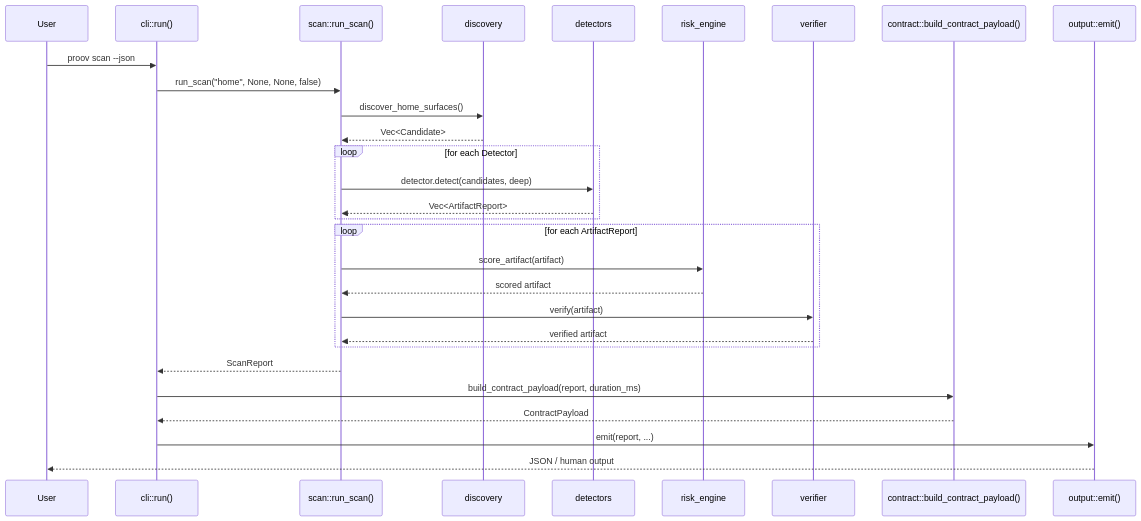
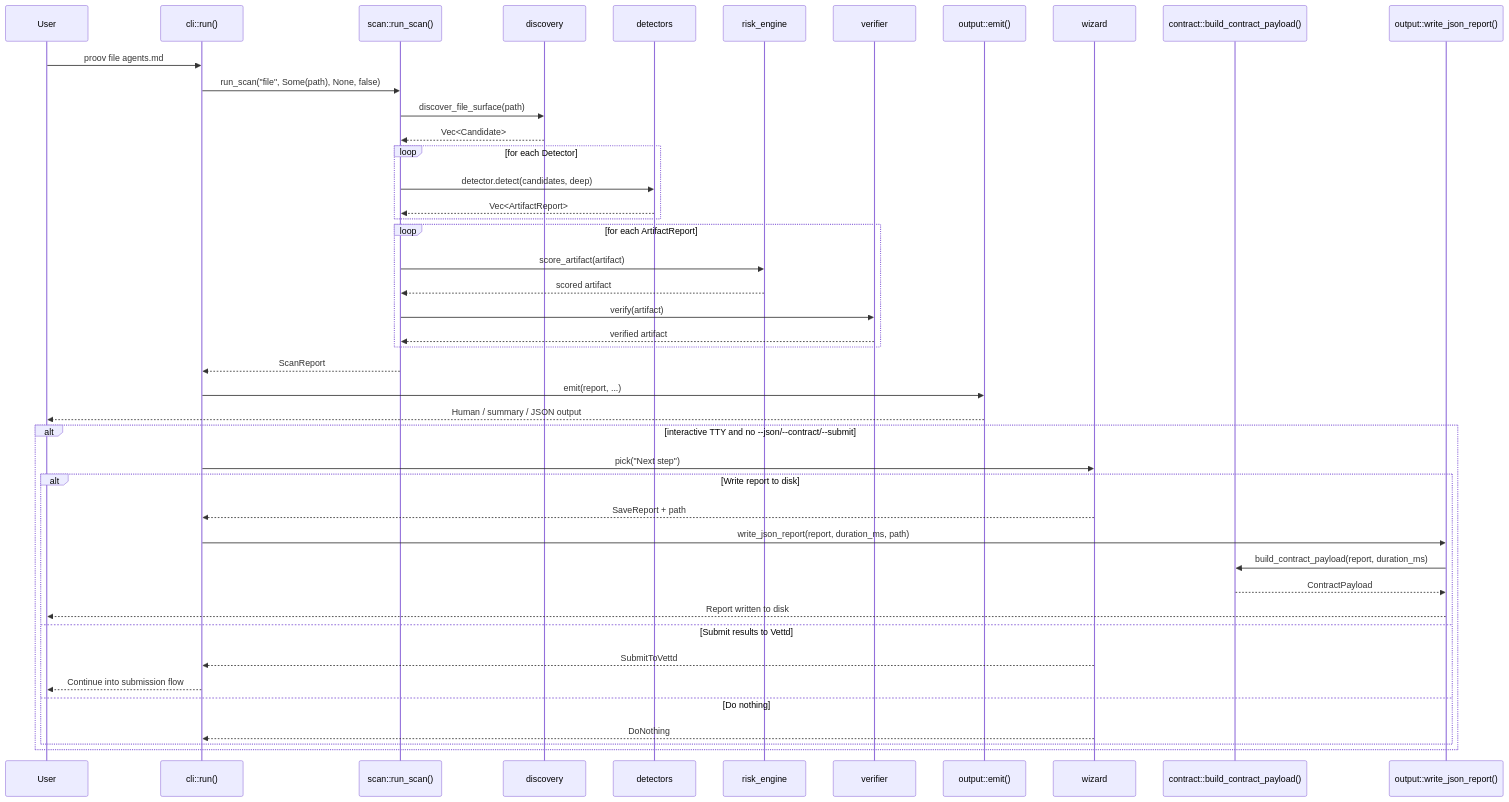
Before and after one commit to AgenticHighway/proov: the first of 6 diagrams in docs/c4-level4-code.md, drawn with Mermaid. The commit also changed other lines of this file and 6 other files, not shown here.

Commit message:
feat: add post-scan save flow

````diff
--- a/docs/c4-level4-code.md
+++ b/docs/c4-level4-code.md
@@ -9,32 +10,47 @@
 ```mermaid
 sequenceDiagram
     participant User
     participant CLI as cli::run()
     participant Scan as scan::run_scan()
     participant Disc as discovery
     participant Det as detectors
     participant Risk as risk_engine
     participant Ver as verifier
+    participant Out as output::emit()
+    participant Wiz as wizard
     participant Con as contract::build_contract_payload()
-    participant Out as output::emit()
+    participant File as output::write_json_report()
 
-    User->>CLI: proov scan --json
-    CLI->>Scan: run_scan("home", None, None, false)
-    Scan->>Disc: discover_home_surfaces()
+    User->>CLI: proov file agents.md
+    CLI->>Scan: run_scan("file", Some(path), None, false)
+    Scan->>Disc: discover_file_surface(path)
     Disc-->>Scan: Vec<Candidate>
     loop for each Detector
         Scan->>Det: detector.detect(candidates, deep)
         Det-->>Scan: Vec<ArtifactReport>
     end
     loop for each ArtifactReport
         Scan->>Risk: score_artifact(artifact)
         Risk-->>Scan: scored artifact
         Scan->>Ver: verify(artifact)
         Ver-->>Scan: verified artifact
     end
     Scan-->>CLI: ScanReport
-    CLI->>Con: build_contract_payload(report, duration_ms)
-    Con-->>CLI: ContractPayload
     CLI->>Out: emit(report, ...)
-    Out-->>User: JSON / human output
+    Out-->>User: Human / summary / JSON output
+    alt interactive TTY and no --json/--contract/--submit
+        CLI->>Wiz: pick("Next step")
+        alt Write report to disk
+            Wiz-->>CLI: SaveReport + path
+            CLI->>File: write_json_report(report, duration_ms, path)
+            File->>Con: build_contract_payload(report, duration_ms)
+            Con-->>File: ContractPayload
+            File-->>User: Report written to disk
+        else Submit results to Vettd
+            Wiz-->>CLI: SubmitToVettd
+            CLI-->>User: Continue into submission flow
+        else Do nothing
+            Wiz-->>CLI: DoNothing
+        end
+    end
 ```
````
